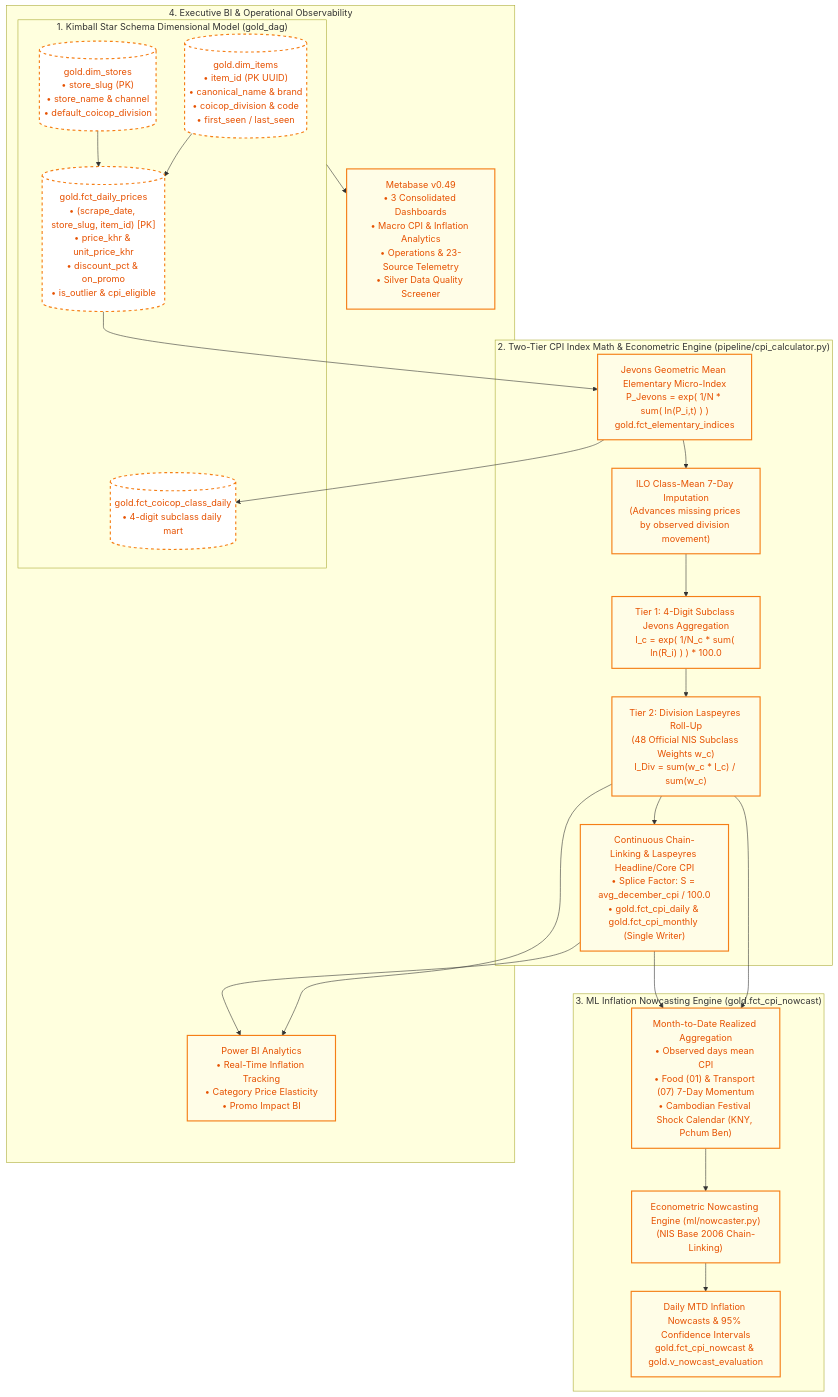
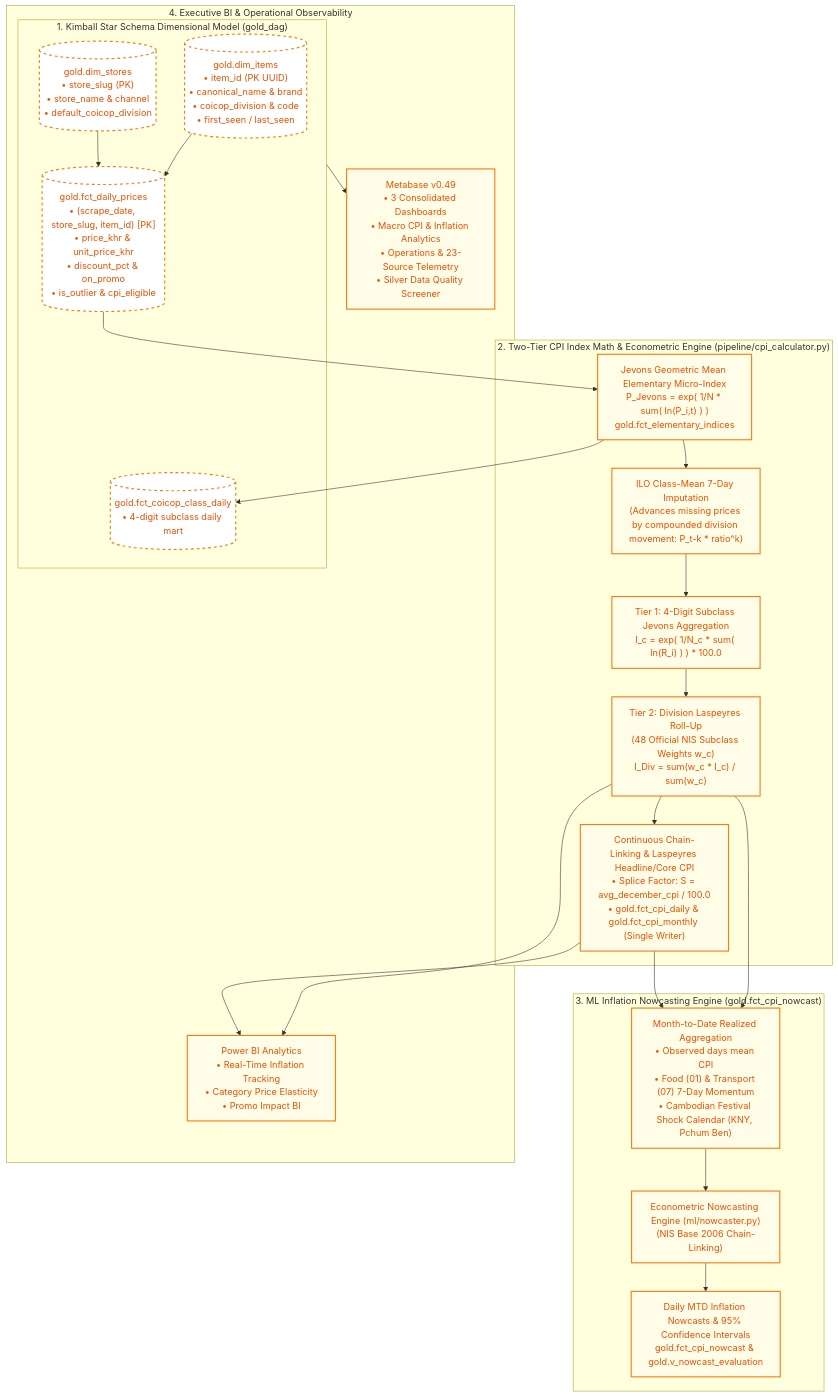
Before and after one commit to Korngmeng-Taing/Cambodia-cpi-pipeline: the fourth of 4 diagrams in docs/ARCHITECTURE_DIAGRAMS.md, drawn with Mermaid. The commit also changed other lines of this file and 24 other files, not shown here.

````diff
--- a/docs/ARCHITECTURE_DIAGRAMS.md
+++ b/docs/ARCHITECTURE_DIAGRAMS.md
@@ -155,37 +155,37 @@
 ```mermaid
 flowchart TD
     subgraph StarSchema["1. Kimball Star Schema Dimensional Model (gold_dag)"]
         G_DIM1[("gold.dim_items\n• item_id (PK UUID)\n• canonical_name & brand\n• coicop_division & code\n• first_seen / last_seen")]
         G_DIM2[("gold.dim_stores\n• store_slug (PK)\n• store_name & channel\n• default_coicop_division")]
         G_FACT[("gold.fct_daily_prices\n• (scrape_date, store_slug, item_id) [PK]\n• price_khr & unit_price_khr\n• discount_pct & on_promo\n• is_outlier & cpi_eligible")]
         G_CLASS[("gold.fct_coicop_class_daily\n• 4-digit subclass daily mart")]
         
         G_DIM1 --> G_FACT
         G_DIM2 --> G_FACT
     end
 
     subgraph IndexEngine["2. Two-Tier CPI Index Math & Econometric Engine (pipeline/cpi_calculator.py)"]
         G_FACT --> M1["Jevons Geometric Mean Elementary Micro-Index\nP_Jevons = exp( 1/N * sum( ln(P_i,t) ) )\ngold.fct_elementary_indices"]
-        M1 --> M2["ILO Class-Mean 7-Day Imputation\n(Advances missing prices by observed division movement)"]
+        M1 --> M2["ILO Class-Mean 7-Day Imputation\n(Advances missing prices by compounded division movement: P_t-k * ratio^k)"]
         M2 --> M3["Tier 1: 4-Digit Subclass Jevons Aggregation\nI_c = exp( 1/N_c * sum( ln(R_i) ) ) * 100.0"]
         M3 --> M4["Tier 2: Division Laspeyres Roll-Up\n(48 Official NIS Subclass Weights w_c)\nI_Div = sum(w_c * I_c) / sum(w_c)"]
         M4 --> M5["Continuous Chain-Linking & Laspeyres Headline/Core CPI\n• Splice Factor: S = avg_december_cpi / 100.0\n• gold.fct_cpi_daily & gold.fct_cpi_monthly (Single Writer)"]
         M1 --> G_CLASS
     end
 
     subgraph NowcastEngine["3. ML Inflation Nowcasting Engine (gold.fct_cpi_nowcast)"]
         M4 & M5 --> F1["Month-to-Date Realized Aggregation\n• Observed days mean CPI\n• Food (01) & Transport (07) 7-Day Momentum\n• Cambodian Festival Shock Calendar (KNY, Pchum Ben)"]
         F1 --> F2["Econometric Nowcasting Engine (ml/nowcaster.py)\n(NIS Base 2006 Chain-Linking)"]
         F2 --> F3["Daily MTD Inflation Nowcasts & 95% Confidence Intervals\ngold.fct_cpi_nowcast & gold.v_nowcast_evaluation"]
     end
 
     subgraph Serving["4. Executive BI & Operational Observability"]
         M4 & M5 --> B1["Power BI Analytics\n• Real-Time Inflation Tracking\n• Category Price Elasticity\n• Promo Impact BI"]
         StarSchema --> B2["Metabase v0.49\n• 3 Consolidated Dashboards\n• Macro CPI & Inflation Analytics\n• Operations & 23-Source Telemetry\n• Silver Data Quality Screener"]
     end
 
     classDef gldBox fill:#fffde7,stroke:#f57f17,stroke-width:2px,color:#e65100;
     classDef gldTable fill:#ffffff,stroke:#f57f17,stroke-width:2px,stroke-dasharray: 5 5,color:#e65100;
     class M1,M2,M3,M4,M5,F1,F2,F3,B1,B2 gldBox;
     class G_DIM1,G_DIM2,G_FACT,G_CLASS gldTable;
 ```
````
